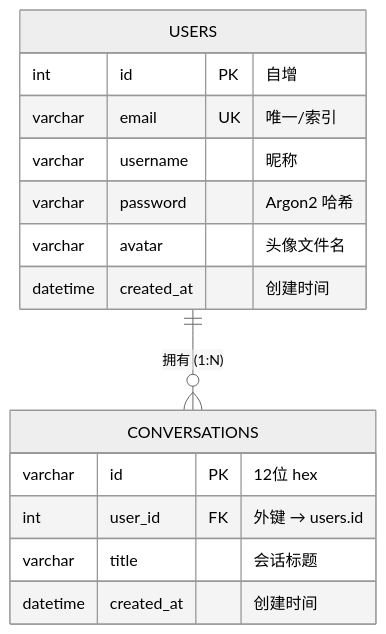
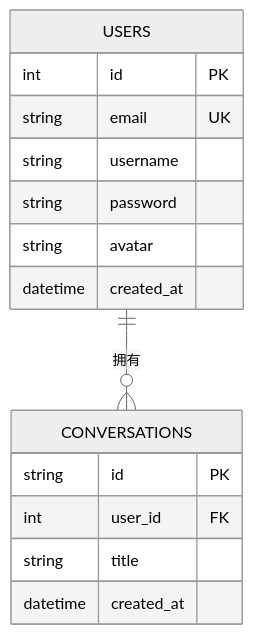
Before and after one commit to Luoqiaocong/voyage: the fourth of 5 diagrams in README.md, drawn with Mermaid (neutral theme). The commit also changed other lines of this file, not shown here.

````diff
--- a/README.md
+++ b/README.md
@@ -210,20 +178,20 @@
 ```mermaid
 erDiagram
-    USERS ||--o{ CONVERSATIONS : "拥有 (1:N)"
+    USERS ||--o{ CONVERSATIONS : "拥有"
 
     USERS {
-        int id PK "自增"
-        varchar email UK "唯一/索引"
-        varchar username "昵称"
-        varchar password "Argon2 哈希"
-        varchar avatar "头像文件名"
-        datetime created_at "创建时间"
+        int id PK
+        string email UK
+        string username
+        string password
+        string avatar
+        datetime created_at
     }
 
     CONVERSATIONS {
-        varchar id PK "12位 hex"
-        int user_id FK "外键 → users.id"
-        varchar title "会话标题"
-        datetime created_at "创建时间"
+        string id PK
+        int user_id FK
+        string title
+        datetime created_at
     }
 ```
````
